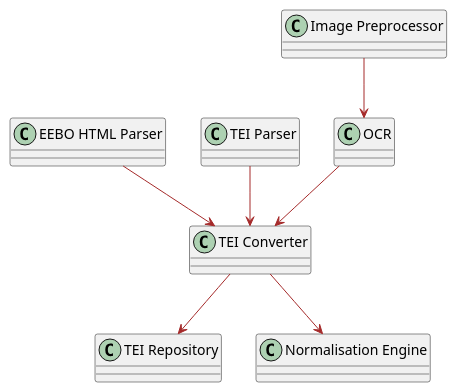
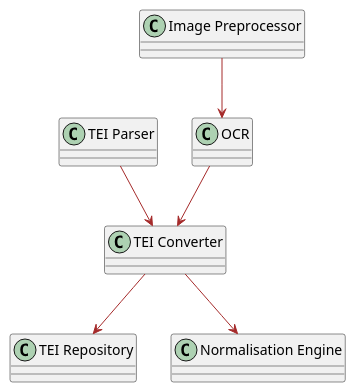
One commit to leegee/mutatis-mutandis changed the diagram in docs/uml/src/connections/processing.puml. Above: the diagram before and after it, drawn with PlantUML. The commit also changed 4 other files, not shown here.

```diff
--- a/docs/uml/src/connections/processing.puml
+++ b/docs/uml/src/connections/processing.puml
@@ -1,9 +1,8 @@
 ' Ingestion → Processing Pipeline
-"EEBO HTML Parser" --> "TEI Converter" #brown
 "TEI Parser" --> "TEI Converter" #brown
 "Image Preprocessor" --> "OCR" #brown
 "OCR" =-> "TEI Converter" #brown
 
 ' TEI Converter → Storage
 "TEI Converter" --> "TEI Repository" #brown
 "TEI Converter" --> "Normalisation Engine" #brown
```
